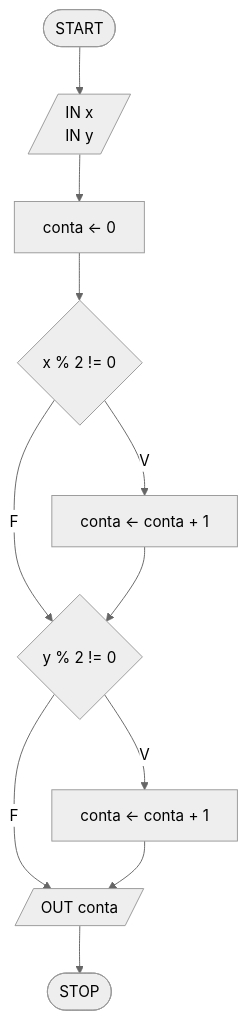
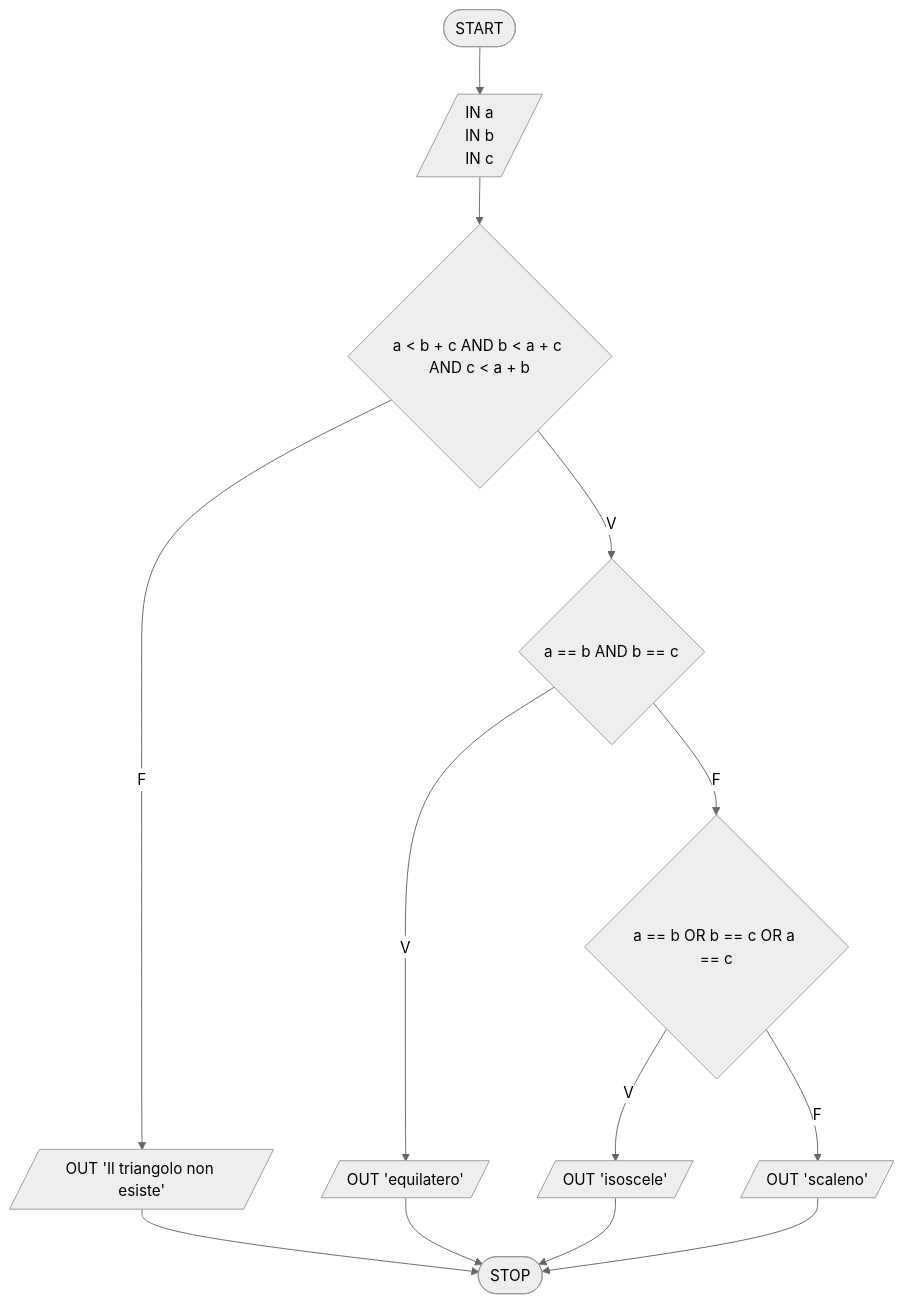
Diagram 11 of 28 in flowcharts_soluzioni.md (pg-laboratorio/flowcharts_laboratorio_esercizi), drawn with Mermaid (neutral theme) before and after one commit. The commit also changed other lines of this file, not shown here.

````diff
--- a/flowcharts_soluzioni.md
+++ b/flowcharts_soluzioni.md
@@ -229,13 +246,15 @@
 ```mermaid
 graph TD
-    START([START]) --> INPUT[/"IN x<br>IN y"/]
-    INPUT --> INIT["conta ← 0"]
-    INIT --> CX{"x % 2 != 0"}
-    CX -- V --> AX["conta ← conta + 1"]
-    CX -- F --> CY{"y % 2 != 0"}
-    AX --> CY
-    CY -- V --> AY["conta ← conta + 1"]
-    CY -- F --> OUTPUT[/"OUT conta"/]
-    AY --> OUTPUT
-    OUTPUT --> STOP([STOP])
+    START([START]) --> INPUT[/"IN a<br>IN b<br>IN c"/]
+    INPUT --> C1{"a < b + c AND b < a + c AND c < a + b"}
+    C1 -- F --> ERR[/"OUT 'Il triangolo non esiste'"/]
+    C1 -- V --> C2{"a == b AND b == c"}
+    C2 -- V --> EQ[/"OUT 'equilatero'"/]
+    C2 -- F --> C3{"a == b OR b == c OR a == c"}
+    C3 -- V --> ISO[/"OUT 'isoscele'"/]
+    C3 -- F --> SCA[/"OUT 'scaleno'"/]
+    ERR --> STOP([STOP])
+    EQ --> STOP
+    ISO --> STOP
+    SCA --> STOP
 ```
````
